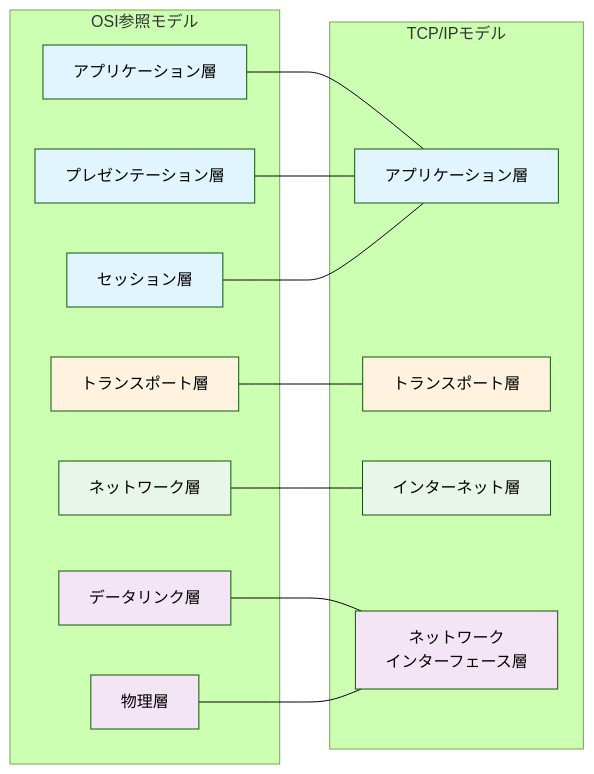
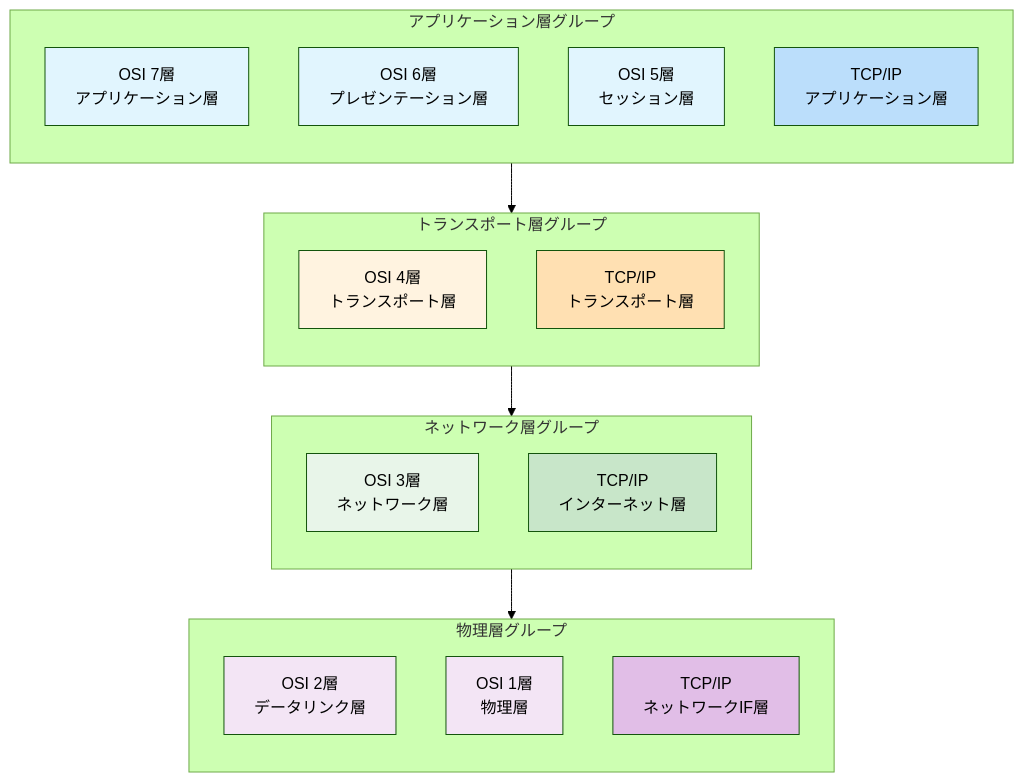
Before and after one commit to ikarigata/nespe_memo: the fourth of 9 diagrams in site/src/content/docs/notes/osi-tcpip-comparison.md, drawn with Mermaid (forest theme). The commit also changed other lines of this file, not shown here.

First line of the commit message:
Mermaid図をスマホ向けに縦型レイアウトに変更

````diff
--- a/site/src/content/docs/notes/osi-tcpip-comparison.md
+++ b/site/src/content/docs/notes/osi-tcpip-comparison.md
@@ -96,39 +102,43 @@
 ```mermaid
-graph LR
-    subgraph OSI参照モデル
-        O7[アプリケーション層]
-        O6[プレゼンテーション層]
-        O5[セッション層]
-        O4[トランスポート層]
-        O3[ネットワーク層]
-        O2[データリンク層]
-        O1[物理層]
+graph TB
+    subgraph app["アプリケーション層グループ"]
+        direction TB
+        O7["OSI 7層<br/>アプリケーション層"]
+        O6["OSI 6層<br/>プレゼンテーション層"]
+        O5["OSI 5層<br/>セッション層"]
+        T4["TCP/IP<br/>アプリケーション層"]
     end
 
-    subgraph TCP/IPモデル
-        T4[アプリケーション層]
-        T3[トランスポート層]
-        T2[インターネット層]
-        T1[ネットワーク<br/>インターフェース層]
+    subgraph trans["トランスポート層グループ"]
+        direction TB
+        O4["OSI 4層<br/>トランスポート層"]
+        T3["TCP/IP<br/>トランスポート層"]
     end
 
-    O7 --- T4
-    O6 --- T4
-    O5 --- T4
-    O4 --- T3
-    O3 --- T2
-    O2 --- T1
-    O1 --- T1
+    subgraph net["ネットワーク層グループ"]
+        direction TB
+        O3["OSI 3層<br/>ネットワーク層"]
+        T2["TCP/IP<br/>インターネット層"]
+    end
+
+    subgraph phys["物理層グループ"]
+        direction TB
+        O2["OSI 2層<br/>データリンク層"]
+        O1["OSI 1層<br/>物理層"]
+        T1["TCP/IP<br/>ネットワークIF層"]
+    end
+
+    app --> trans --> net --> phys
 
     style O7 fill:#e1f5fe
     style O6 fill:#e1f5fe
     style O5 fill:#e1f5fe
-    style T4 fill:#e1f5fe
+    style T4 fill:#bbdefb
     style O4 fill:#fff3e0
-    style T3 fill:#fff3e0
+    style T3 fill:#ffe0b2
     style O3 fill:#e8f5e9
-    style T2 fill:#e8f5e9
+    style T2 fill:#c8e6c9
     style O2 fill:#f3e5f5
     style O1 fill:#f3e5f5
-    style T1 fill:#f3e5f5
+    style T1 fill:#e1bee7
 ```
````
